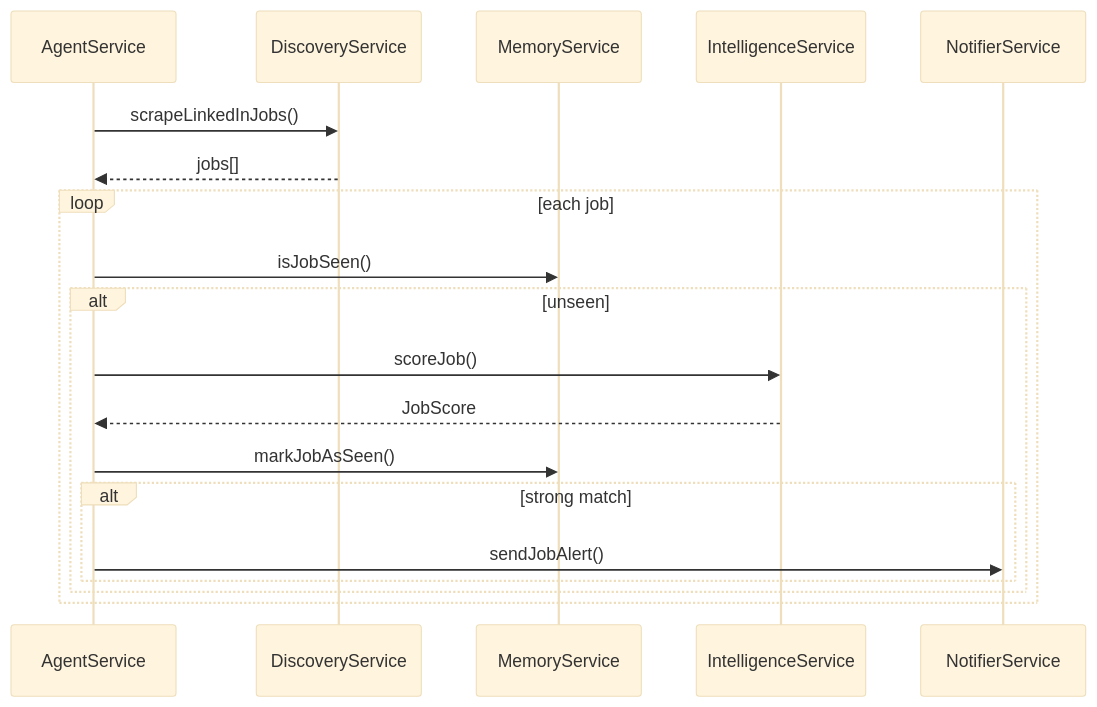
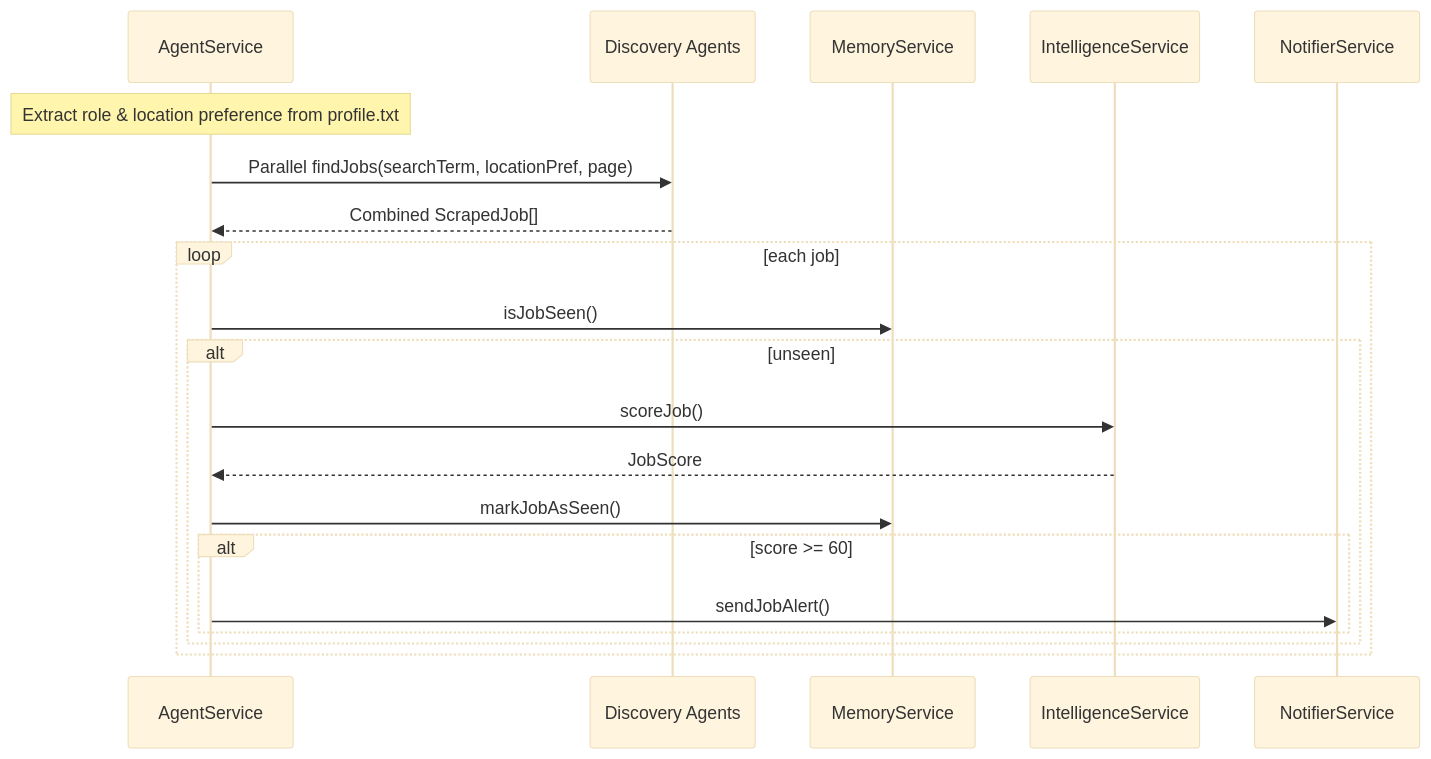
One commit to supersparton/CareerAtlas changed the diagram in wiki/entities/core-modules.md. Above: the diagram before and after it, drawn with Mermaid (base theme). The commit also changed other lines of this file and 16 other files, not shown here.

````diff
--- a/wiki/entities/core-modules.md
+++ b/wiki/entities/core-modules.md
@@ -23,22 +26,23 @@
 ```mermaid
 sequenceDiagram
     participant Agent as AgentService
-    participant Discovery as DiscoveryService
+    participant Discovery as Discovery Agents
     participant Memory as MemoryService
     participant Intelligence as IntelligenceService
     participant Notifier as NotifierService
 
-    Agent->>Discovery: scrapeLinkedInJobs()
-    Discovery-->>Agent: jobs[]
+    Note over Agent: Extract role & location preference from profile.txt
+    Agent->>Discovery: Parallel findJobs(searchTerm, locationPref, page)
+    Discovery-->>Agent: Combined ScrapedJob[]
     loop each job
         Agent->>Memory: isJobSeen()
         alt unseen
             Agent->>Intelligence: scoreJob()
             Intelligence-->>Agent: JobScore
             Agent->>Memory: markJobAsSeen()
-            alt strong match
+            alt score >= 60
                 Agent->>Notifier: sendJobAlert()
             end
         end
     end
 ```
````
